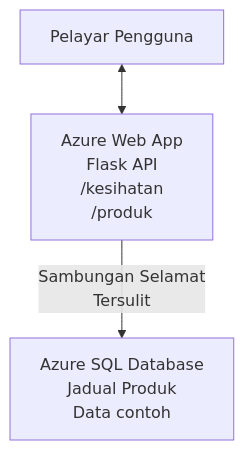
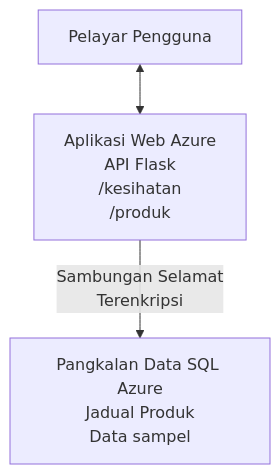
Before and after one commit to microsoft/AZD-for-beginners: the diagram in translations/ms/examples/database-app/README.md, drawn with Mermaid. The commit also changed other lines of this file and 104 other files, not shown here.

````diff
--- a/translations/ms/examples/database-app/README.md
+++ b/translations/ms/examples/database-app/README.md
@@ -72,5 +72,5 @@
 ```mermaid
 graph TD
-    Browser[Pelayar Pengguna] <--> WebApp[Azure Web App<br/>Flask API<br/>/kesihatan<br/>/produk]
-    WebApp -- Sambungan Selamat<br/>Tersulit --> SQL[Azure SQL Database<br/>Jadual Produk<br/>Data contoh]
+    Browser[Pelayar Pengguna] <--> WebApp[Aplikasi Web Azure<br/>API Flask<br/>/kesihatan<br/>/produk]
+    WebApp -- Sambungan Selamat<br/>Terenkripsi --> SQL[Pangkalan Data SQL Azure<br/>Jadual Produk<br/>Data sampel]
 ```
````
